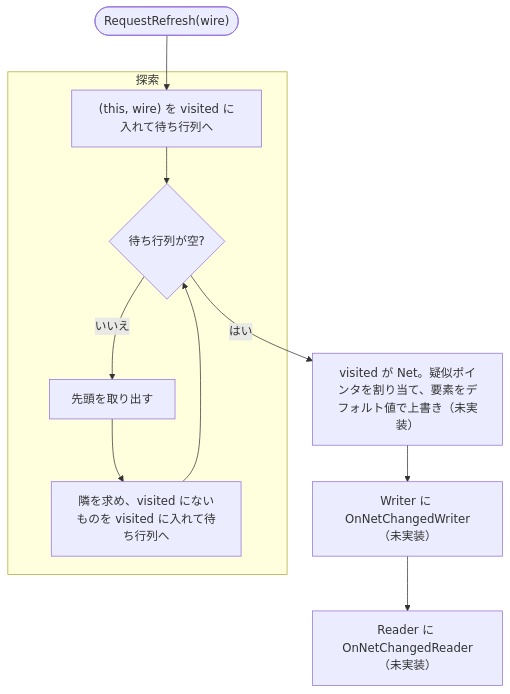
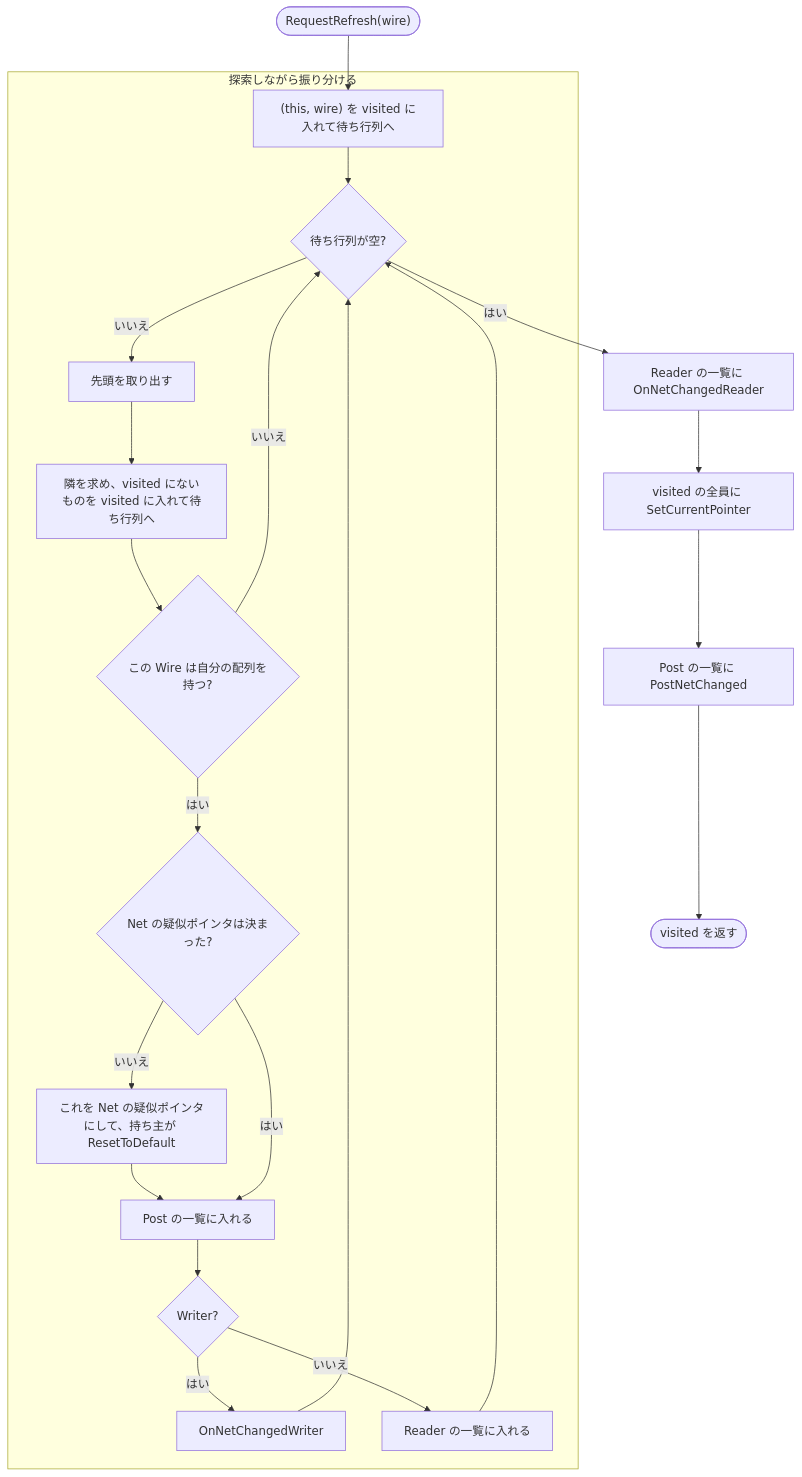
One commit to frou01/UdonSharpPickupCable changed the third of 3 diagrams in Design.md. Above: the diagram before and after it, drawn with Mermaid. The commit also changed other lines of this file, not shown here.

````diff
--- a/Design.md
+++ b/Design.md
@@ -167,13 +184,22 @@
 ```mermaid
 flowchart TD
   s0(["RequestRefresh(wire)"]) --> b1["(this, wire) を visited に入れて待ち行列へ"]
-  subgraph 探索
+  subgraph 探索しながら振り分ける
     b1 --> b2{"待ち行列が空?"}
     b2 -- いいえ --> b3["先頭を取り出す"]
     b3 --> b4["隣を求め、visited にないものを visited に入れて待ち行列へ"]
-    b4 --> b2
+    b4 --> b5{"この Wire は自分の配列を持つ?"}
+    b5 -- いいえ --> b2
+    b5 -- はい --> b6{"Net の疑似ポインタは決まった?"}
+    b6 -- いいえ --> b7["これを Net の疑似ポインタにして、持ち主が ResetToDefault"]
+    b7 --> b8
+    b6 -- はい --> b8["Post の一覧に入れる"]
+    b8 --> b9{"Writer?"}
+    b9 -- はい --> b10["OnNetChangedWriter"] --> b2
+    b9 -- いいえ --> b11["Reader の一覧に入れる"] --> b2
   end
-  b2 -- はい --> a1["visited が Net。疑似ポインタを割り当て、要素をデフォルト値で上書き（未実装）"]
-  a1 --> a2["Writer に OnNetChangedWriter（未実装）"]
-  a2 --> a3["Reader に OnNetChangedReader（未実装）"]
+  b2 -- はい --> a1["Reader の一覧に OnNetChangedReader"]
+  a1 --> a2["visited の全員に SetCurrentPointer"]
+  a2 --> a3["Post の一覧に PostNetChanged"]
+  a3 --> e0(["visited を返す"])
 ```
````
